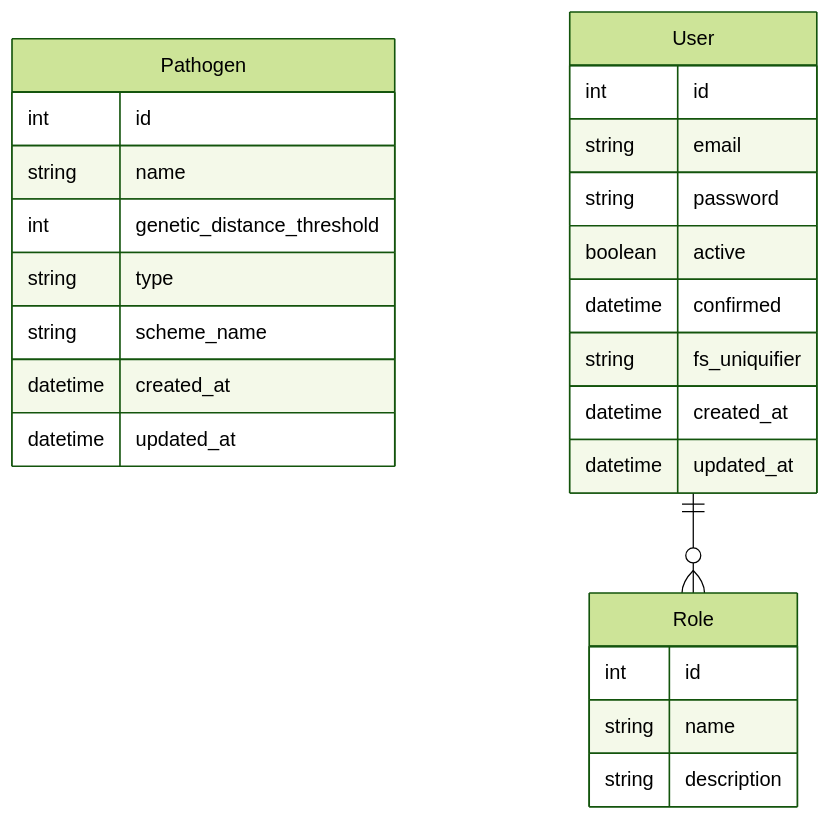
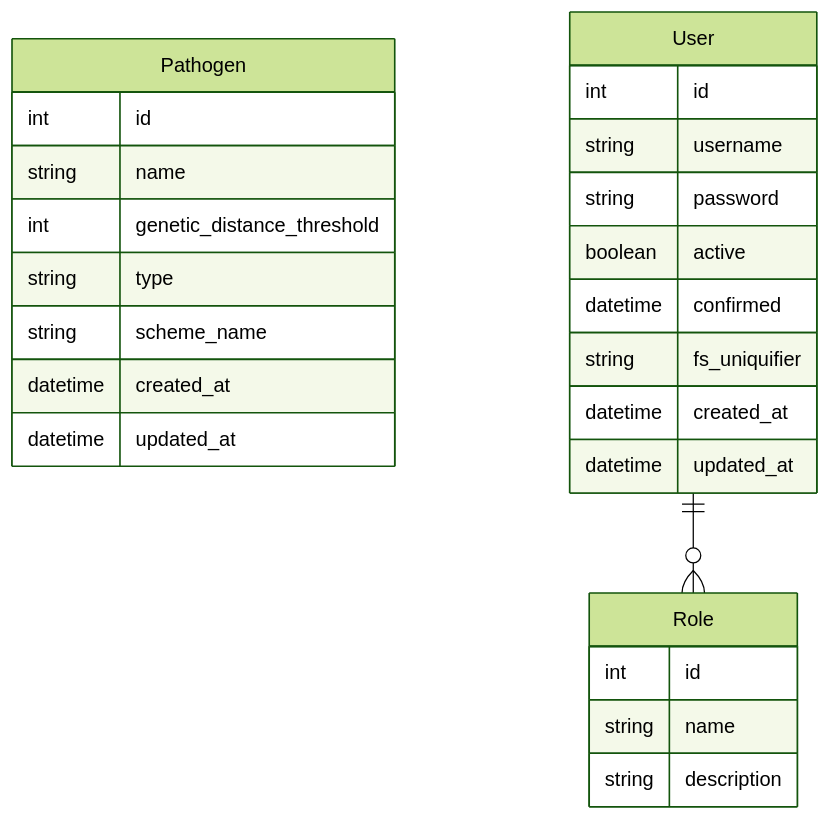
The fifth of 5 diagrams in documentation/docs/developers/data_management.md (DiltheyLab/GENTRAIN), drawn with Mermaid (forest theme) before and after one commit.

Commit message:
docs: remove email

````diff
--- a/documentation/docs/developers/data_management.md
+++ b/documentation/docs/developers/data_management.md
@@ -309,30 +309,30 @@
 ```mermaid
 erDiagram
     Pathogen {
         int id
         string name
         int genetic_distance_threshold
         string type
         string scheme_name
         datetime created_at
         datetime updated_at
     }
 
     Role {
         int id
         string name
         string description
     }
 
     User {
         int id
-        string email
+        string username
         string password
         boolean active
         datetime confirmed
         string fs_uniquifier
         datetime created_at
         datetime updated_at
     }
     User ||--o{ Role : ""
 ```
````
